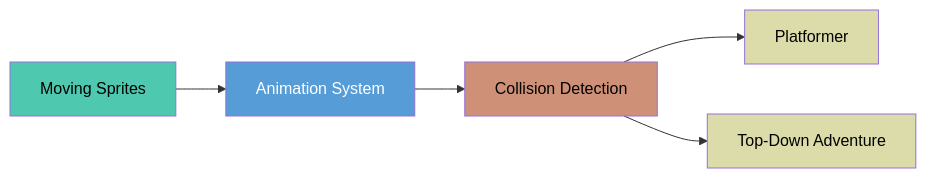
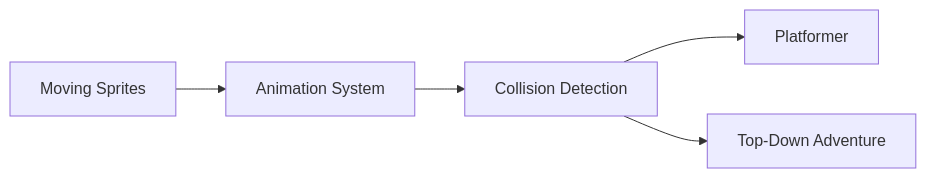
One commit to CrazyPickleStudios/Brine2D-Documentation changed the diagram in docs/tutorials/index.md. Above: the diagram before and after it, drawn with Mermaid. The commit also changed 4 other files, not shown here.

````diff
--- a/docs/tutorials/index.md
+++ b/docs/tutorials/index.md
@@ -14,13 +14,7 @@
 ```mermaid
 graph LR
     A["Moving Sprites"] --> B["Animation System"]
     B --> C["Collision Detection"]
     C --> D["Platformer"]
     C --> E["Top-Down Adventure"]
-    
-    style A fill:#4ec9b0,color:#000
-    style B fill:#569cd6,color:#fff
-    style C fill:#ce9178,color:#000
-    style D fill:#dcdcaa,color:#000
-    style E fill:#dcdcaa,color:#000
 ```
````
